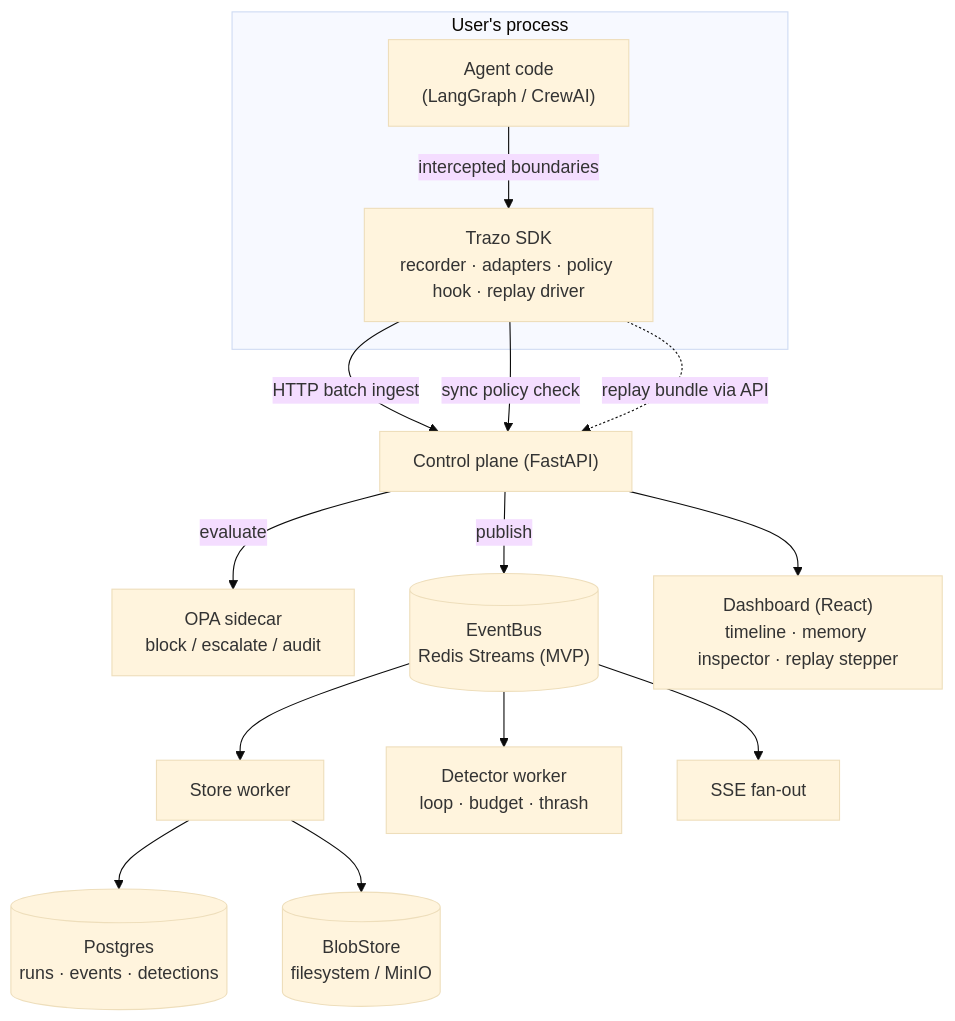
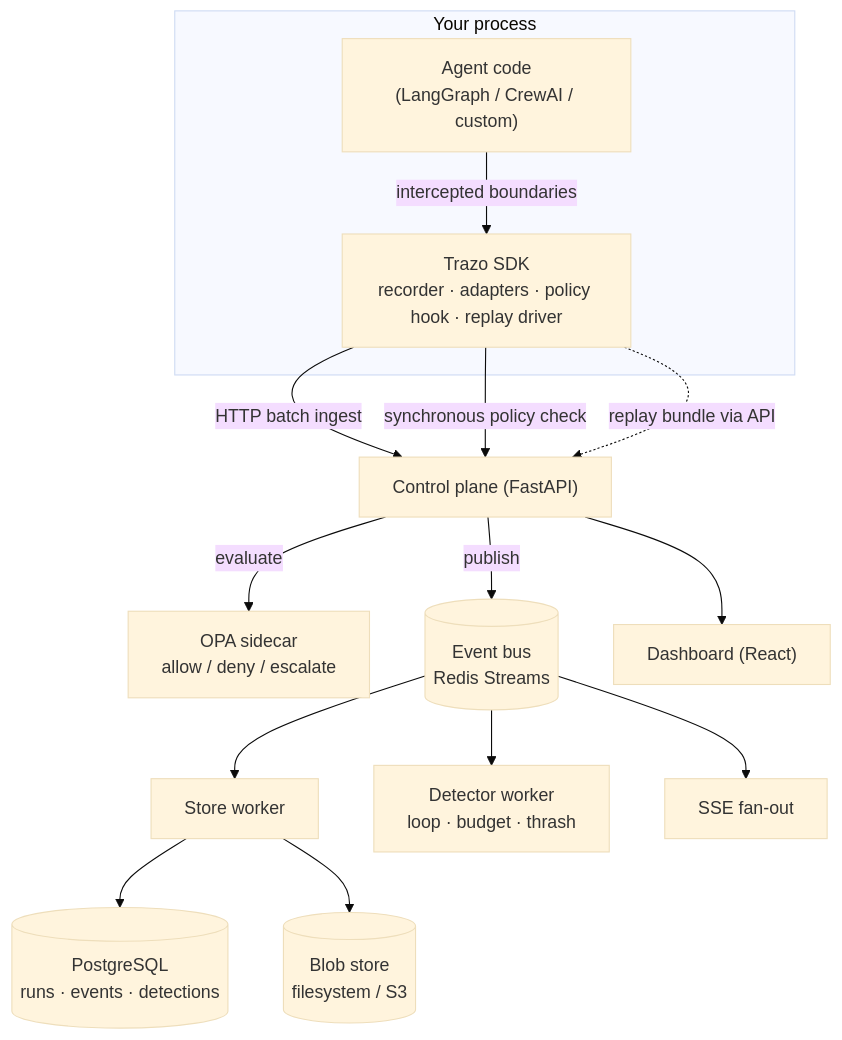
Before and after one commit to naveen-astra/Trazo: the diagram in README.md, drawn with Mermaid (base theme). The commit also changed other lines of this file, not shown here.

First line of the commit message:
docs(readme): rewrite overview, comparison table, and architecture

````diff
--- a/README.md
+++ b/README.md
@@ -37,20 +132,20 @@
 ```mermaid
 flowchart TD
-    subgraph user["User's process"]
-        A["Agent code<br/>(LangGraph / CrewAI)"]
+    subgraph user["Your process"]
+        A["Agent code<br/>(LangGraph / CrewAI / custom)"]
         SDK["Trazo SDK<br/>recorder · adapters · policy hook · replay driver"]
         A -- intercepted boundaries --> SDK
     end
 
     SDK -- HTTP batch ingest --> CP["Control plane (FastAPI)"]
-    SDK -- sync policy check --> CP
-    CP -- evaluate --> OPA["OPA sidecar<br/>block / escalate / audit"]
-    CP -- publish --> BUS[("EventBus<br/>Redis Streams (MVP)")]
+    SDK -- synchronous policy check --> CP
+    CP -- evaluate --> OPA["OPA sidecar<br/>allow / deny / escalate"]
+    CP -- publish --> BUS[("Event bus<br/>Redis Streams")]
     BUS --> SW["Store worker"]
     BUS --> DW["Detector worker<br/>loop · budget · thrash"]
     BUS --> LIVE["SSE fan-out"]
-    SW --> PG[("Postgres<br/>runs · events · detections")]
-    SW --> BLOB[("BlobStore<br/>filesystem / MinIO")]
-    CP --> DASH["Dashboard (React)<br/>timeline · memory inspector · replay stepper"]
+    SW --> PG[("PostgreSQL<br/>runs · events · detections")]
+    SW --> BLOB[("Blob store<br/>filesystem / S3")]
+    CP --> DASH["Dashboard (React)"]
     SDK -. replay bundle via API .-> CP
 ```
````
